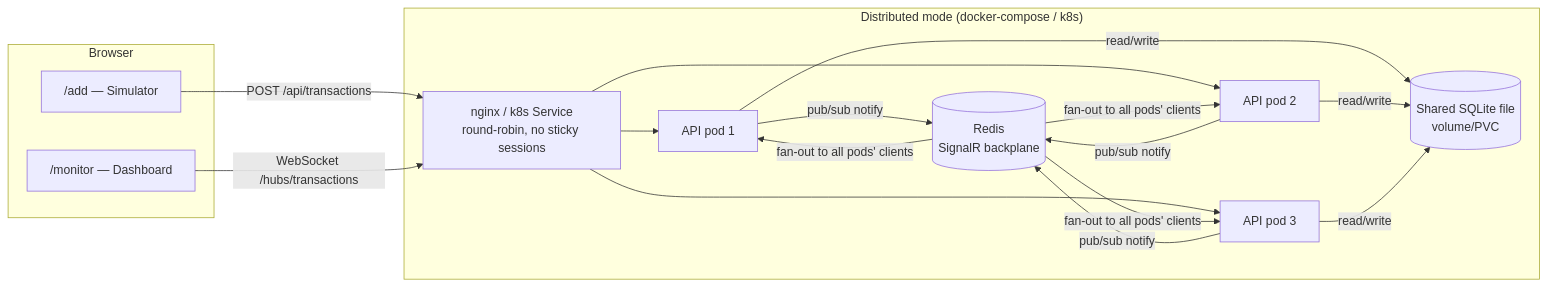
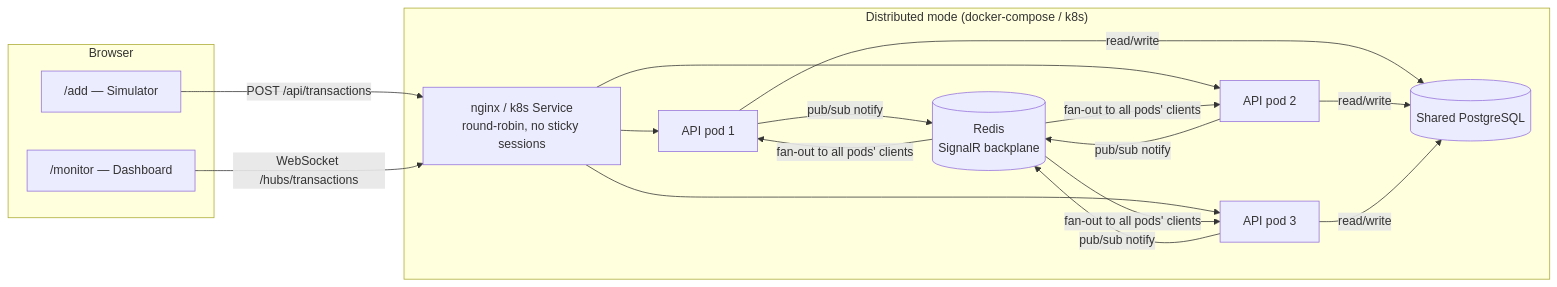
Before and after one commit to batiheiman-maker/isracard: the diagram in README.md, drawn with Mermaid. The commit also changed other lines of this file and 15 other files, not shown here.

````diff
--- a/README.md
+++ b/README.md
@@ -14,23 +14,23 @@
 ```mermaid
 flowchart LR
     subgraph Browser
         Add["/add — Simulator"]
         Monitor["/monitor — Dashboard"]
     end
 
     subgraph "Distributed mode (docker-compose / k8s)"
         LB["nginx / k8s Service<br/>round-robin, no sticky sessions"]
         API1[API pod 1]
         API2[API pod 2]
         API3[API pod 3]
         Redis[(Redis<br/>SignalR backplane)]
-        SQLite[(Shared SQLite file<br/>volume/PVC)]
+        Postgres[(Shared PostgreSQL)]
     end
 
     Add -- POST /api/transactions --> LB
     LB --> API1 & API2 & API3
     Monitor -- WebSocket /hubs/transactions --> LB
     API1 & API2 & API3 -- pub/sub notify --> Redis
     Redis -- fan-out to all pods' clients --> API1 & API2 & API3
-    API1 & API2 & API3 -- read/write --> SQLite
+    API1 & API2 & API3 -- read/write --> Postgres
 ```
````
